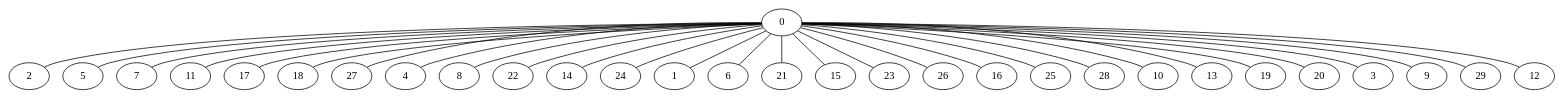
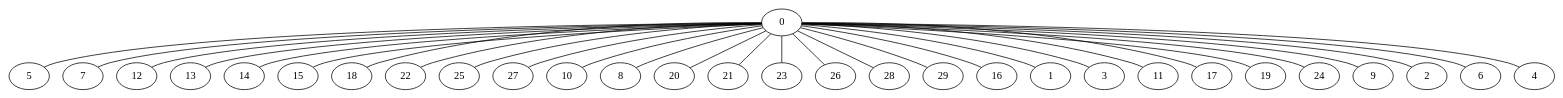
Before and after one commit to JulioHaro93/GraphsModels: the diagram in BFS_DFS/gilbertchicoDFS.gv, drawn with Graphviz. The commit also changed other lines of this file and 55 other files, not shown here.

```diff
--- a/BFS_DFS/gilbertchicoDFS.gv
+++ b/BFS_DFS/gilbertchicoDFS.gv
@@ -1,31 +1,31 @@
 graph G {
-  0 -- 2;
   0 -- 5;
   0 -- 7;
+  0 -- 12;
+  0 -- 13;
+  0 -- 14;
+  0 -- 15;
+  0 -- 18;
+  0 -- 22;
+  0 -- 25;
+  0 -- 27;
+  0 -- 10;
+  0 -- 8;
+  0 -- 20;
+  0 -- 21;
+  0 -- 23;
+  0 -- 26;
+  0 -- 28;
+  0 -- 29;
+  0 -- 16;
+  0 -- 1;
+  0 -- 3;
   0 -- 11;
   0 -- 17;
-  0 -- 18;
-  0 -- 27;
+  0 -- 19;
+  0 -- 24;
+  0 -- 9;
+  0 -- 2;
+  0 -- 6;
   0 -- 4;
-  0 -- 8;
-  0 -- 22;
-  0 -- 14;
-  0 -- 24;
-  0 -- 1;
-  0 -- 6;
-  0 -- 21;
-  0 -- 15;
-  0 -- 23;
-  0 -- 26;
-  0 -- 16;
-  0 -- 25;
-  0 -- 28;
-  0 -- 10;
-  0 -- 13;
-  0 -- 19;
-  0 -- 20;
-  0 -- 3;
-  0 -- 9;
-  0 -- 29;
-  0 -- 12;
 }
```
